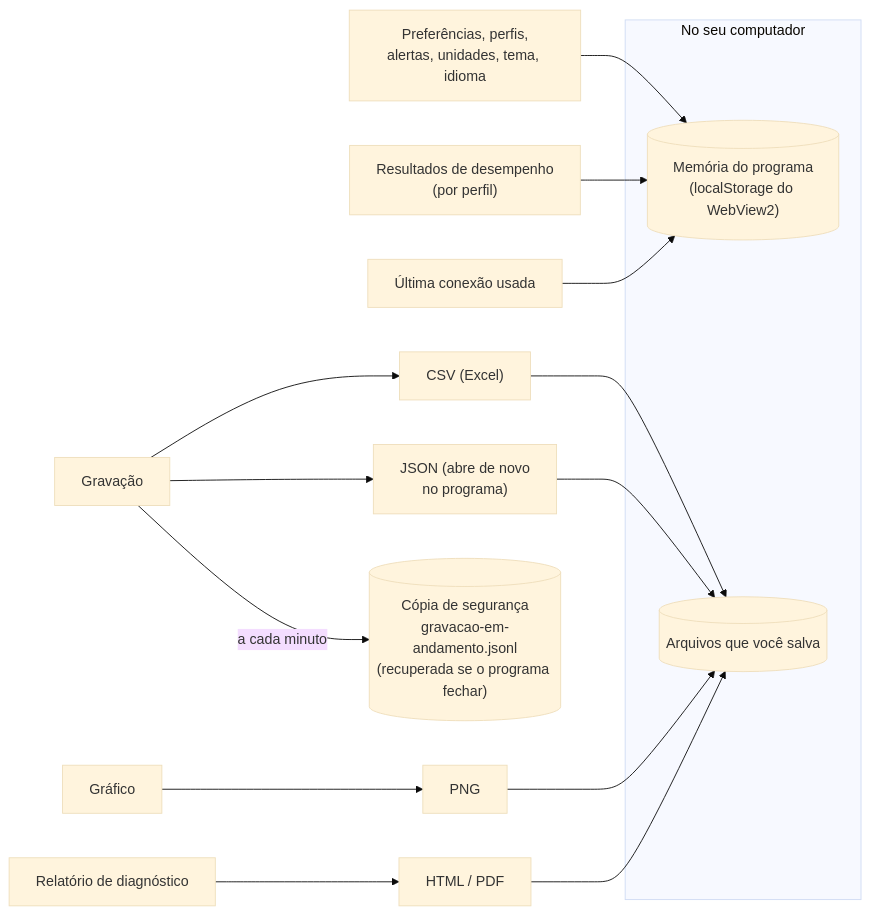
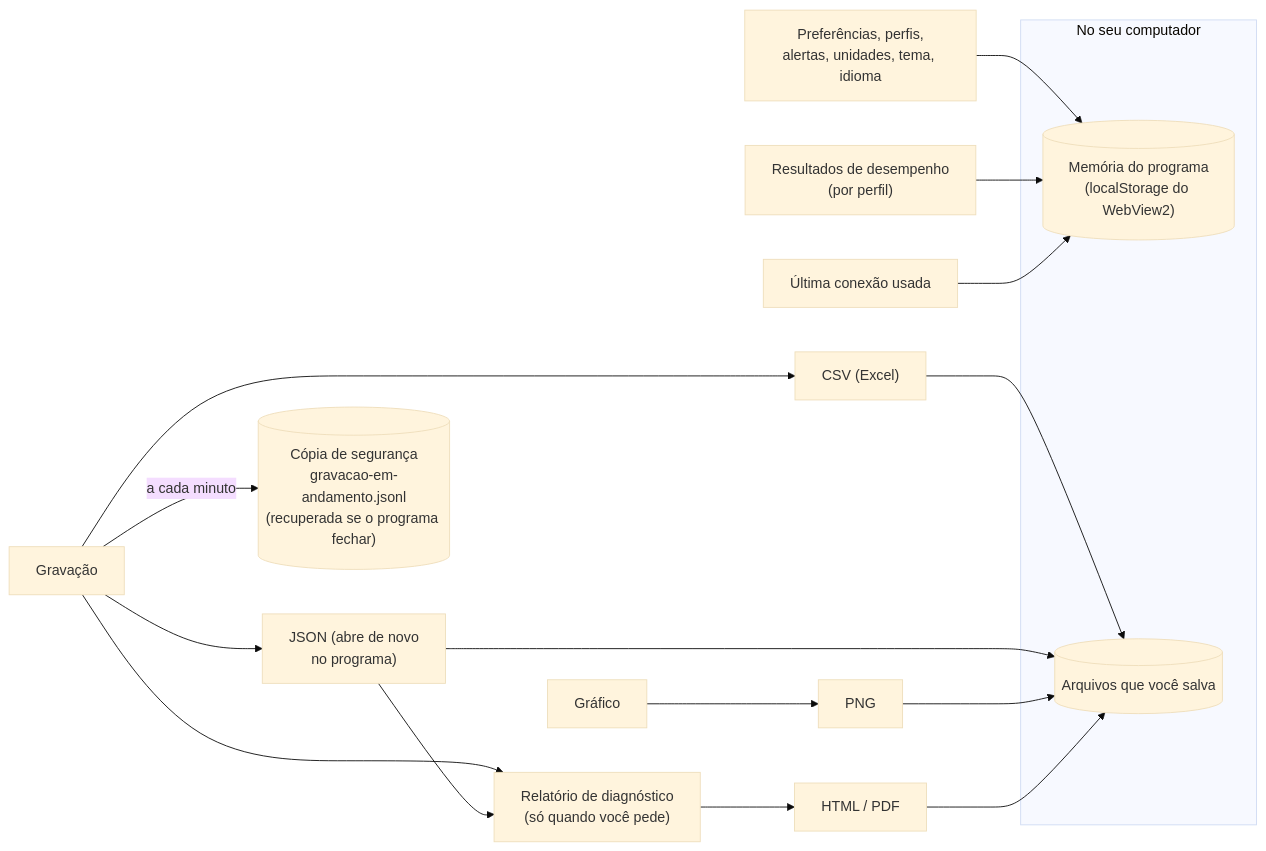
One commit to samuvieceli/obd2-scanner changed the tenth of 13 diagrams in docs/DIAGRAMAS.md. Above: the diagram before and after it, drawn with Mermaid (base theme). The commit also changed other lines of this file and 19 other files, not shown here.

First line of the commit message:
Relatório de diagnóstico gerado a partir de uma gravação

````diff
--- a/docs/DIAGRAMAS.md
+++ b/docs/DIAGRAMAS.md
@@ -295,15 +301,17 @@
 ```mermaid
 flowchart LR
     subgraph pc["No seu computador"]
         ls[("Memória do programa<br/>(localStorage do WebView2)")]
         files[("Arquivos que você salva")]
     end
     prefs["Preferências, perfis,<br/>alertas, unidades, tema, idioma"] --> ls
     perfres["Resultados de desempenho<br/>(por perfil)"] --> ls
     conn["Última conexão usada"] --> ls
     rec["Gravação"] --> csv["CSV (Excel)"] & json["JSON (abre de novo<br/>no programa)"]
     rec -- "a cada minuto" --> backup[("Cópia de segurança<br/>gravacao-em-andamento.jsonl<br/>(recuperada se o programa fechar)")]
     chart["Gráfico"] --> png["PNG"]
-    report["Relatório de diagnóstico"] --> html["HTML / PDF"]
+    rec --> report["Relatório de diagnóstico<br/>(só quando você pede)"]
+    json --> report
+    report --> html["HTML / PDF"]
     csv & json & png & html --> files
 ```
````
